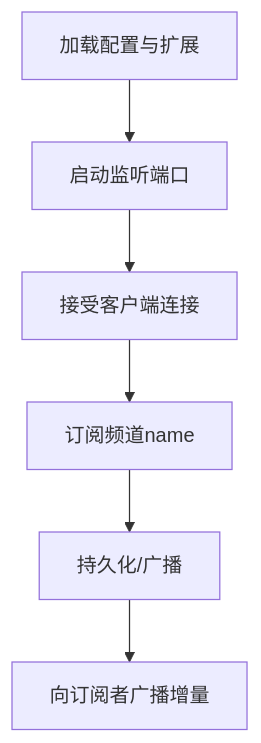
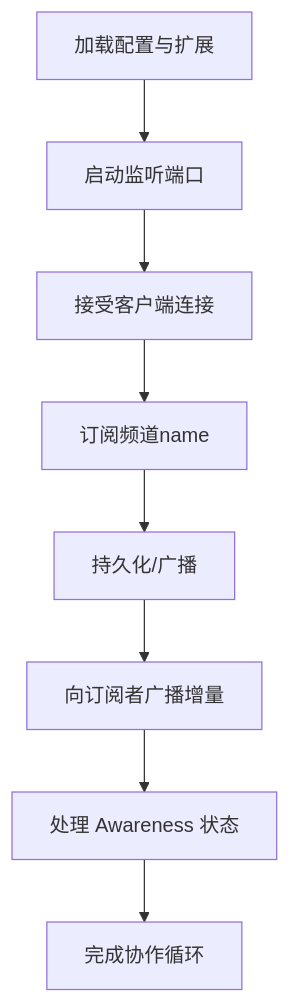
Before and after one commit to LRF0422/Kotion: the sixth of 18 diagrams in .qoder/repowiki/zh/content/架构设计/实时协作架构.md, drawn with Mermaid. The commit also changed other lines of this file and 75 other files, not shown here.

````diff
--- a/.qoder/repowiki/zh/content/架构设计/实时协作架构.md
+++ b/.qoder/repowiki/zh/content/架构设计/实时协作架构.md
@@ -187,8 +351,10 @@
 ```mermaid
 flowchart TD
 Config["加载配置与扩展"] --> Listen["启动监听端口"]
 Listen --> Accept["接受客户端连接"]
 Accept --> Subscribe["订阅频道name"]
 Subscribe --> Persist["持久化/广播"]
 Persist --> Broadcast["向订阅者广播增量"]
+Broadcast --> Handle["处理 Awareness 状态"]
+Handle --> Complete["完成协作循环"]
 ```
````
